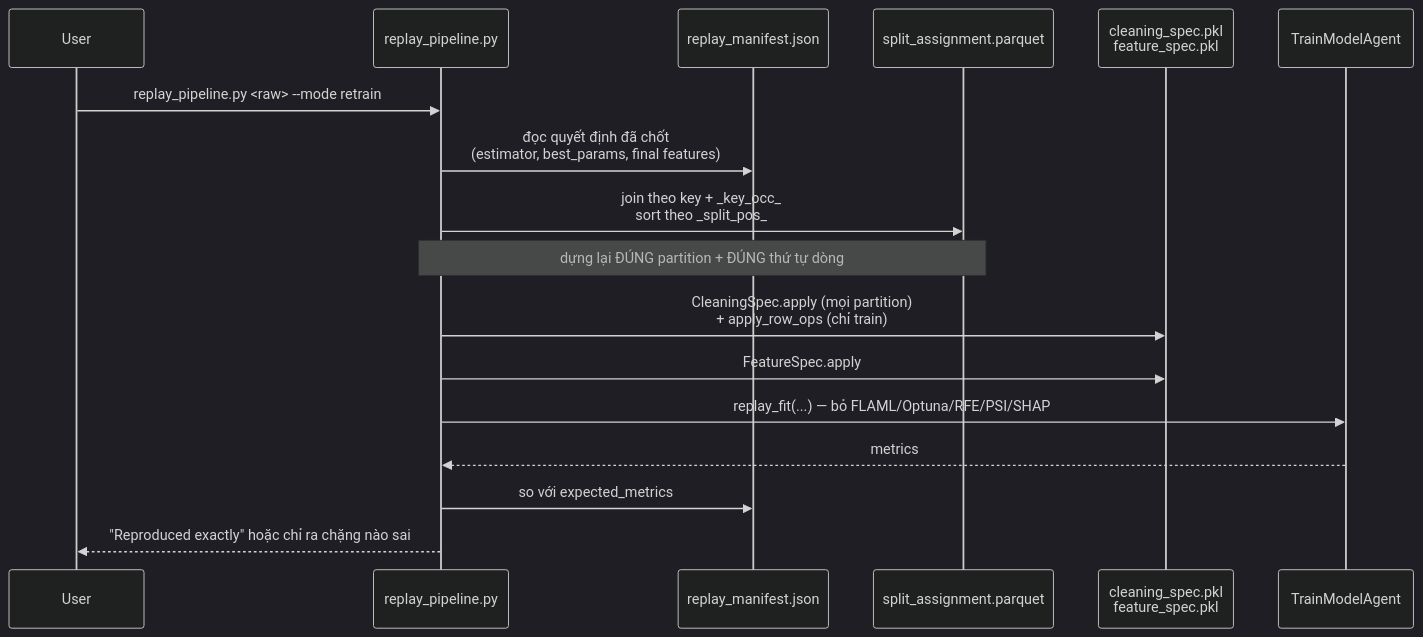
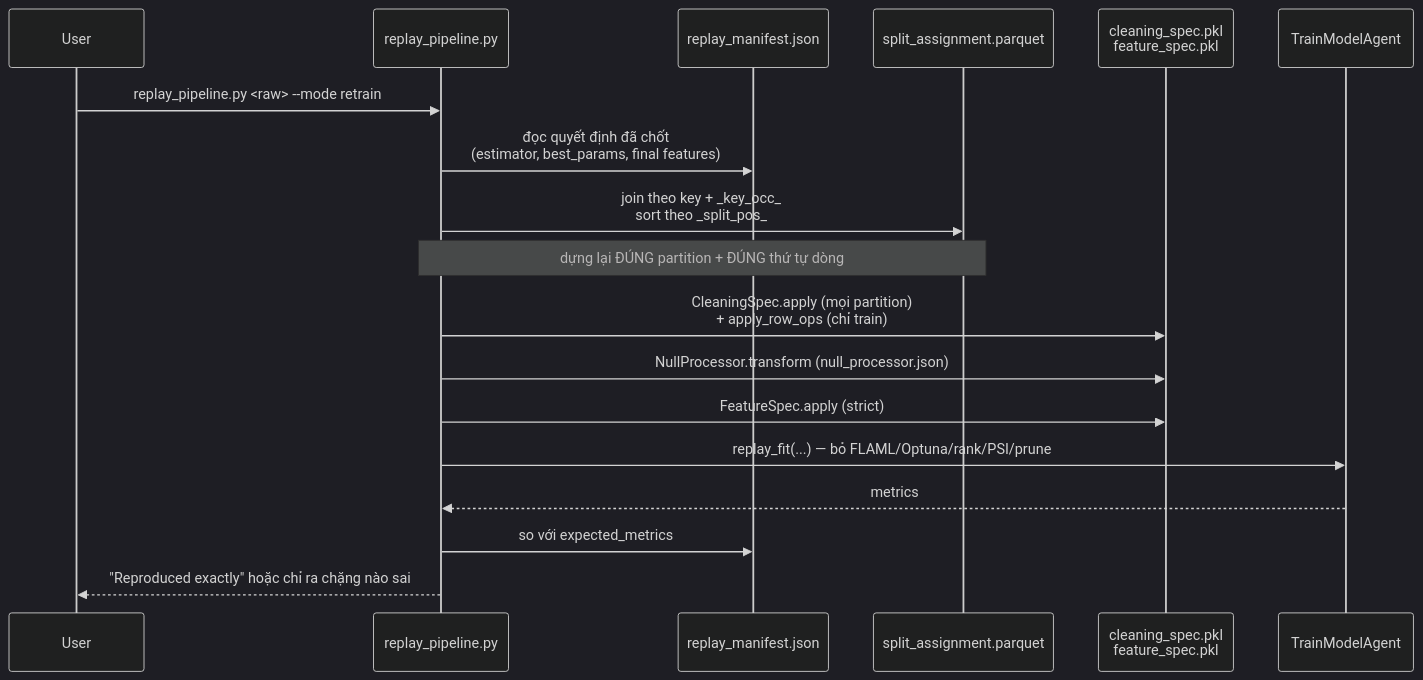
One commit to baongoc83/Multi-Agent-Auto-ML_NB changed diagram 20 of 25 in docs/architecture.md. Above: the diagram before and after it, drawn with Mermaid (dark theme). The commit also changed other lines of this file and 6 other files, not shown here.

````diff
--- a/docs/architecture.md
+++ b/docs/architecture.md
@@ -836,20 +834,21 @@
 ```mermaid
 sequenceDiagram
     participant U as User
     participant R as replay_pipeline.py
     participant M as replay_manifest.json
     participant S as split_assignment.parquet
     participant SP as cleaning_spec.pkl<br/>feature_spec.pkl
     participant A3 as TrainModelAgent
 
     U->>R: replay_pipeline.py <raw> --mode retrain
     R->>M: đọc quyết định đã chốt<br/>(estimator, best_params, final features)
     R->>S: join theo key + _key_occ_<br/>sort theo _split_pos_
     Note over R,S: dựng lại ĐÚNG partition + ĐÚNG thứ tự dòng
     R->>SP: CleaningSpec.apply (mọi partition)<br/>+ apply_row_ops (chỉ train)
-    R->>SP: FeatureSpec.apply
-    R->>A3: replay_fit(...) — bỏ FLAML/Optuna/RFE/PSI/SHAP
+    R->>SP: NullProcessor.transform (null_processor.json)
+    R->>SP: FeatureSpec.apply (strict)
+    R->>A3: replay_fit(...) — bỏ FLAML/Optuna/rank/PSI/prune
     A3-->>R: metrics
     R->>M: so với expected_metrics
     R-->>U: "Reproduced exactly" hoặc chỉ ra chặng nào sai
 ```
````
